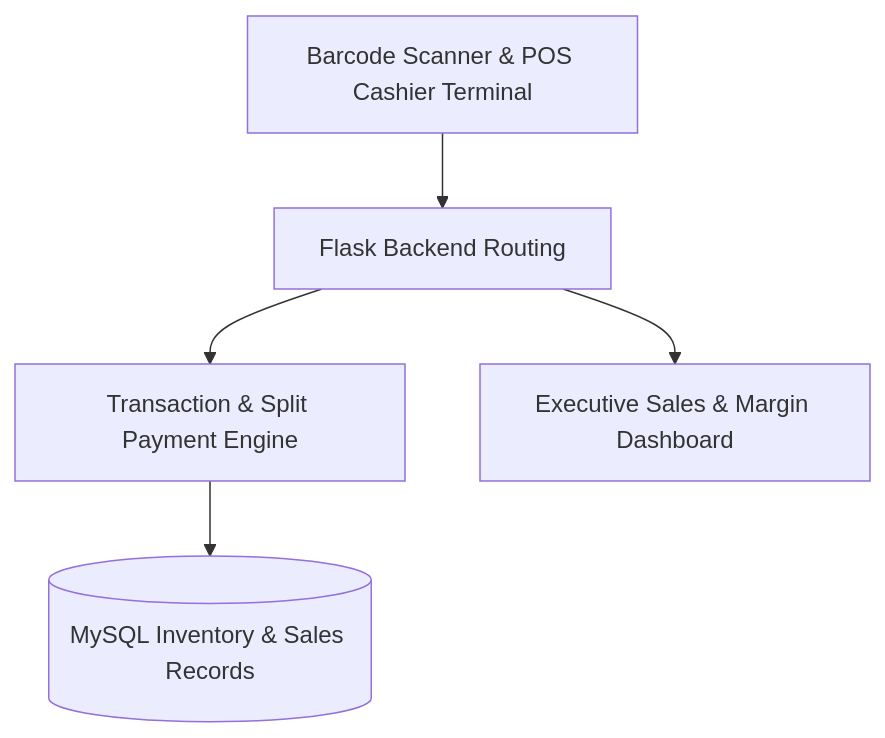
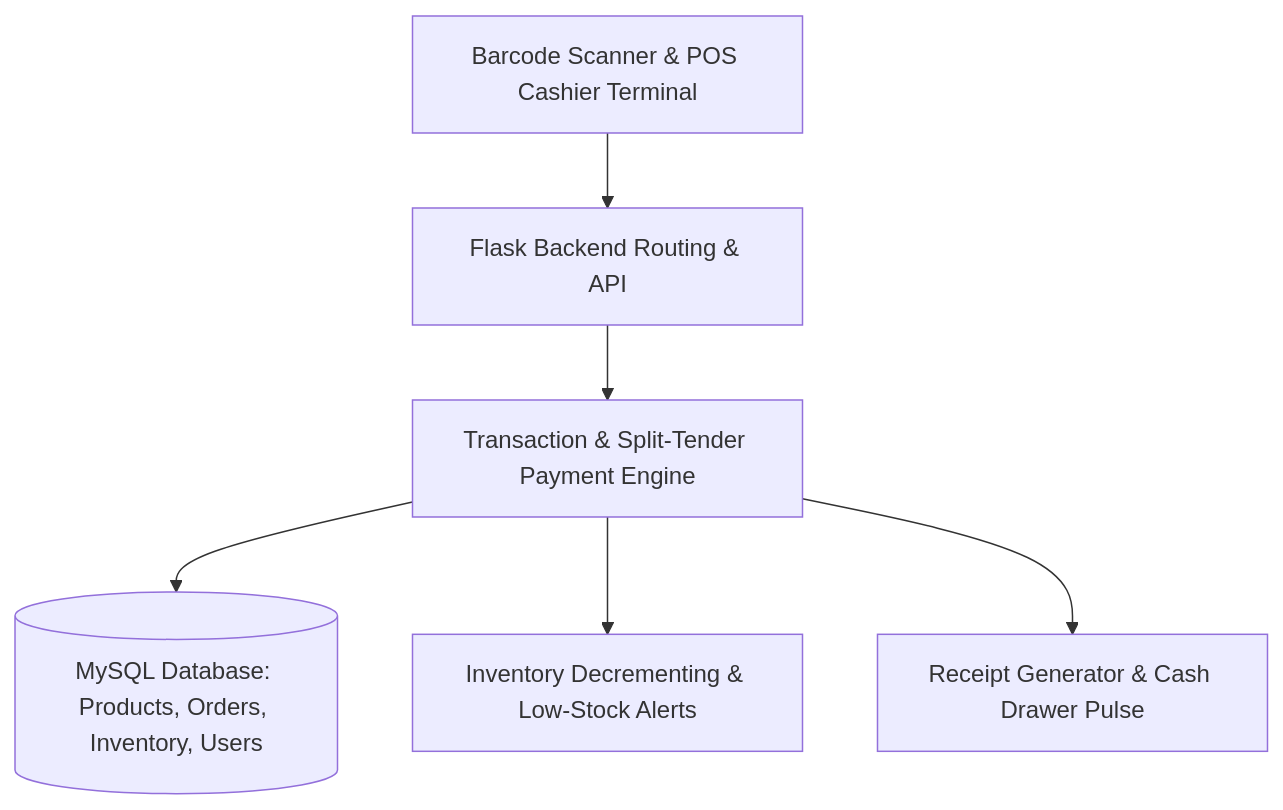
Before and after one commit to abdussatarkhan/point-of-sale-: the diagram in README.md, drawn with Mermaid. The commit also changed other lines of this file, not shown here.

Commit message:
docs(readme): rewrite documentation for software engineering & desktop systems architecture

````diff
--- a/README.md
+++ b/README.md
@@ -22,7 +23,8 @@
 ```mermaid
 graph TD
-    Scanner[Barcode Scanner & POS Cashier Terminal] --> FlaskApp[Flask Backend Routing]
-    FlaskApp --> TxManager[Transaction & Split Payment Engine]
-    TxManager --> MySQL[(MySQL Inventory & Sales Records)]
-    FlaskApp --> Analytics[Executive Sales & Margin Dashboard]
+    Scanner[Barcode Scanner & POS Cashier Terminal] --> FlaskApp[Flask Backend Routing & API]
+    FlaskApp --> TxManager[Transaction & Split-Tender Payment Engine]
+    TxManager --> MySQL[(MySQL Database: Products, Orders, Inventory, Users)]
+    TxManager --> Inventory[Inventory Decrementing & Low-Stock Alerts]
+    TxManager --> Receipt[Receipt Generator & Cash Drawer Pulse]
 ```
````
